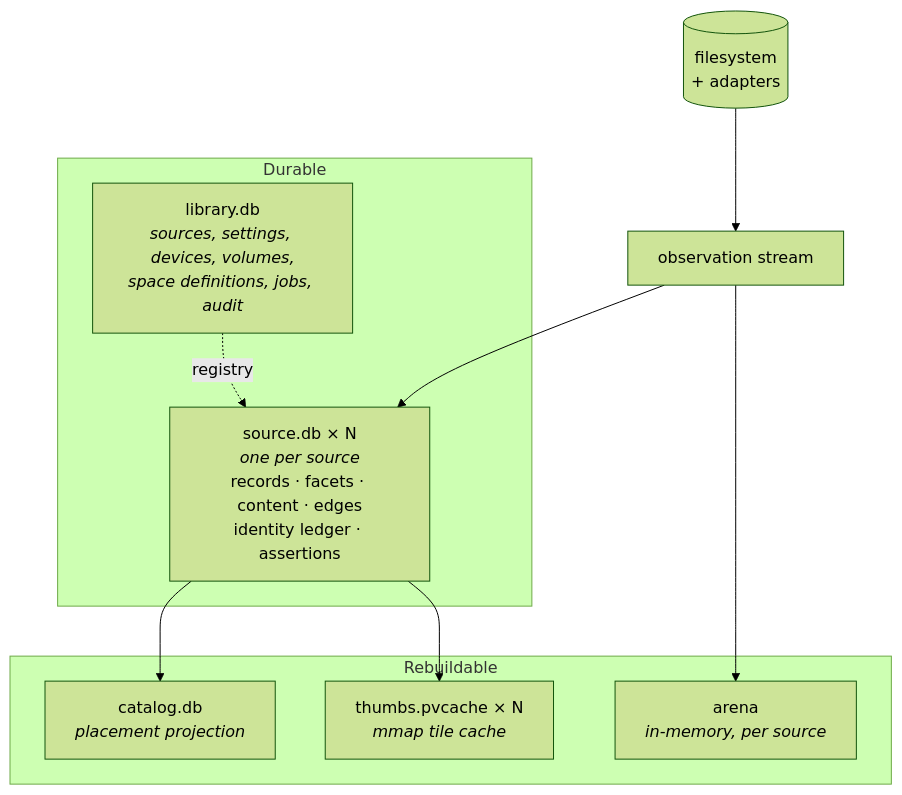
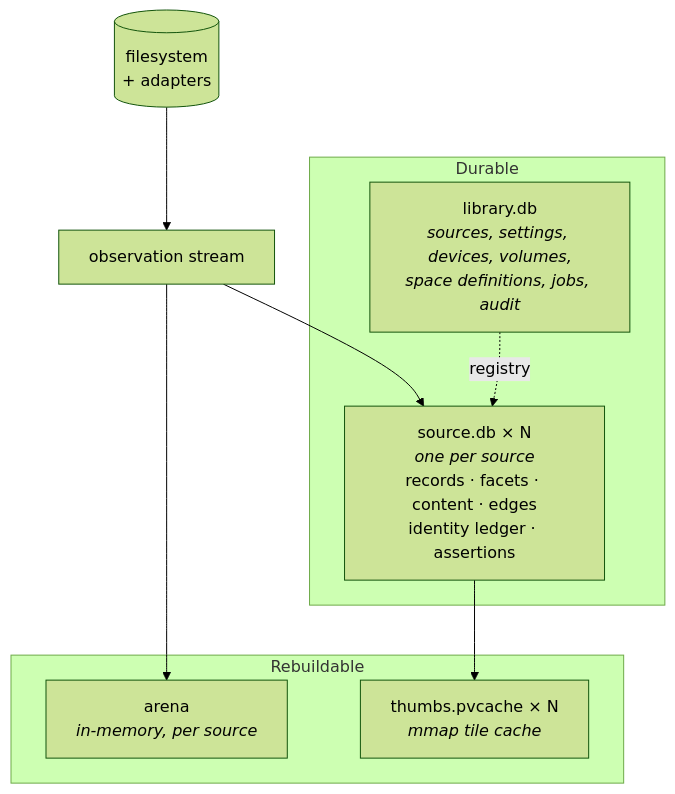
Before and after one commit to spacedriveapp/spacedrive: the diagram in docs/plans/2026-08-20-architecture-previs.md, drawn with Mermaid (forest theme). The commit also changed other lines of this file and 18 other files, not shown here.

````diff
--- a/docs/plans/2026-08-20-architecture-previs.md
+++ b/docs/plans/2026-08-20-architecture-previs.md
@@ -20,18 +20,16 @@
 ```mermaid
 flowchart TB
     subgraph durable["Durable"]
         LIB["library.db<br/><i>sources, settings, devices, volumes,<br/>space definitions, jobs, audit</i>"]
         SRC["source.db × N<br/><i>one per source</i><br/>records · facets · content · edges<br/>identity ledger · assertions"]
     end
     subgraph derived["Rebuildable"]
-        CAT["catalog.db<br/><i>placement projection</i>"]
         ARENA["arena<br/><i>in-memory, per source</i>"]
         PV["thumbs.pvcache × N<br/><i>mmap tile cache</i>"]
     end
     FS[("filesystem<br/>+ adapters")] --> OBS["observation stream"]
     OBS --> ARENA
     OBS --> SRC
-    SRC --> CAT
     SRC --> PV
     LIB -.->|registry| SRC
 ```
````
